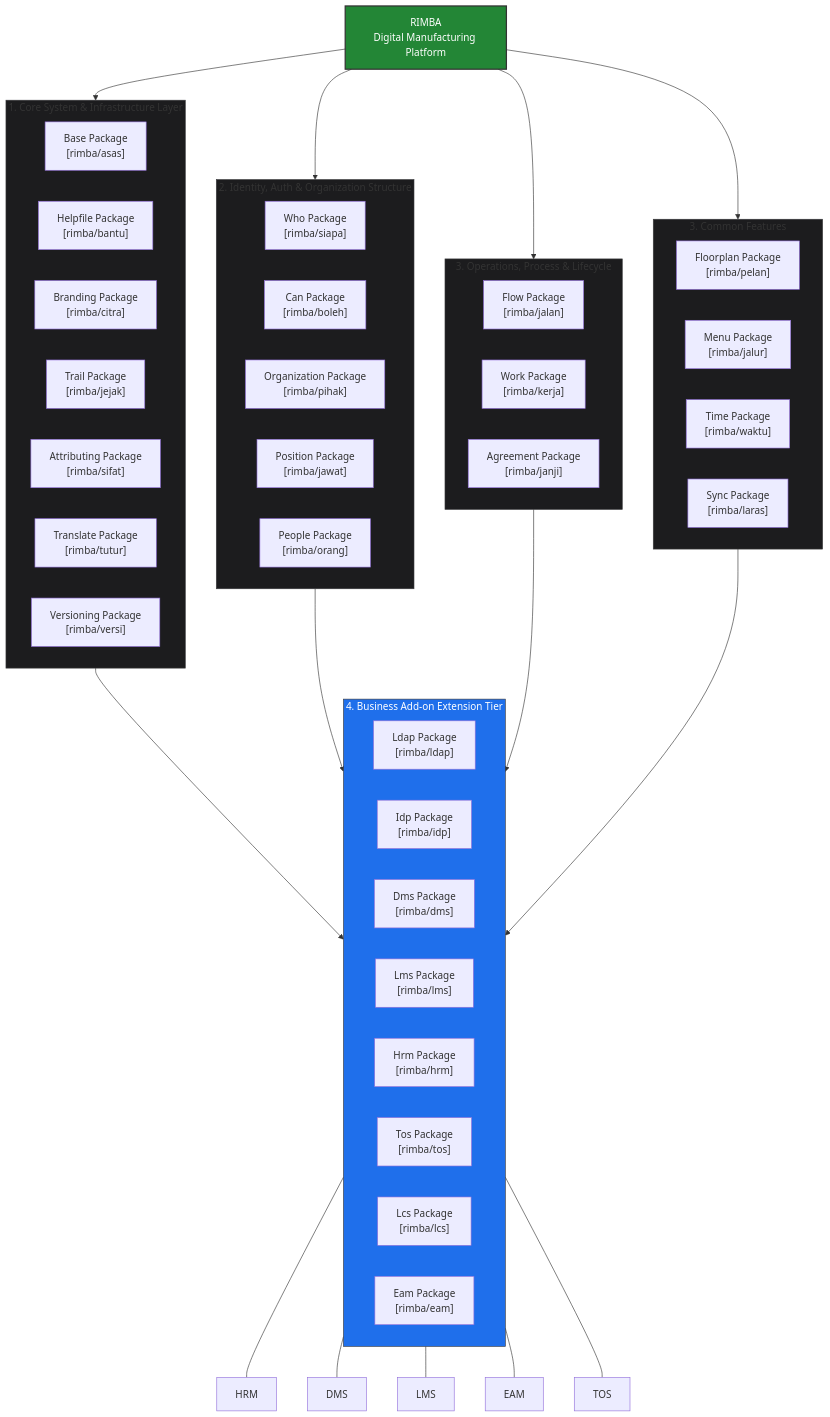
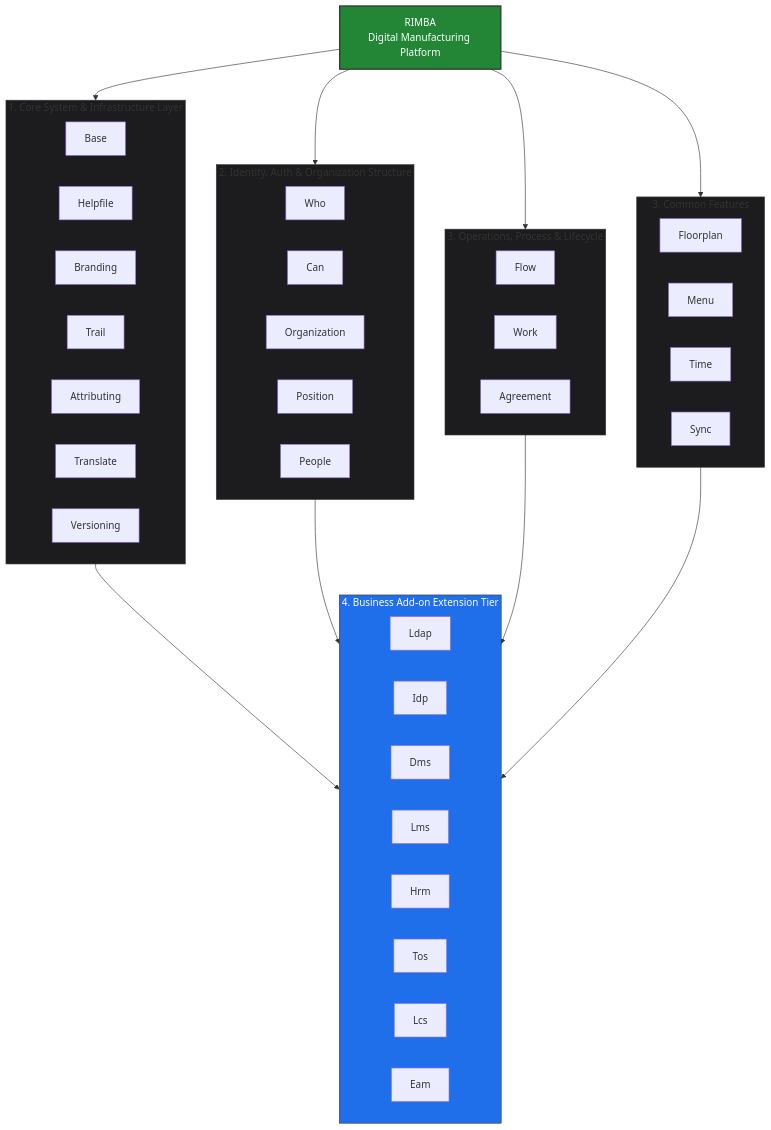
Before and after one commit to bit-es/curio: the diagram in repo/references/rimba.md, drawn with Mermaid.

````diff
--- a/repo/references/rimba.md
+++ b/repo/references/rimba.md
@@ -62,78 +62,72 @@
 ```mermaid
 graph TD
     %% Main Platform Hub
     Rimba["RIMBA<br/>Digital Manufacturing Platform"]
 
     %% Core System Infrastructure Layer
     subgraph Core ["1. Core System & Infrastructure Layer"]
-        Asas["Base Package<br/>[rimba/asas]"]
-        Bantu["Helpfile Package<br/>[rimba/bantu]"]
-        Citra["Branding Package<br/>[rimba/citra]"]
-        Jejak["Trail Package<br/>[rimba/jejak]"]
-        Sifat["Attributing Package<br/>[rimba/sifat]"]
-        Tutur["Translate Package<br/>[rimba/tutur]"]
-        Versi["Versioning Package<br/>[rimba/versi]"]
+        Asas["Base"]
+        Bantu["Helpfile"]
+        Citra["Branding"]
+        Jejak["Trail"]
+        Sifat["Attributing"]
+        Tutur["Translate"]
+        Versi["Versioning"]
     end
 
     %% Identity, Auth, & Structure Layer
     subgraph Governance ["2. Identity, Auth & Organization Structure"]
-        Siapa["Who Package<br/>[rimba/siapa]"]
-        Boleh["Can Package<br/>[rimba/boleh]"]
-        Pihak["Organization Package<br/>[rimba/pihak]"]
-        Jawat["Position Package<br/>[rimba/jawat]"]
-        Orang["People Package<br/>[rimba/orang]"]
+        Siapa["Who"]
+        Boleh["Can"]
+        Pihak["Organization"]
+        Jawat["Position"]
+        Orang["People"]
     end
 
     %% Operations, Process & Lifecycle Layer
     subgraph Operations ["3. Operations, Process & Lifecycle"]
-        Jalan["Flow Package<br/>[rimba/jalan]"]
-        Kerja["Work Package<br/>[rimba/kerja]"]
-        Janji["Agreement Package<br/>[rimba/janji]"]
+        Jalan["Flow"]
+        Kerja["Work"]
+        Janji["Agreement"]
     end
 
     %% Common Features Layer
     subgraph Common ["3. Common Features"]
-        Pelan["Floorplan Package<br/>[rimba/pelan]"]
-        Jalur["Menu Package<br/>[rimba/jalur]"]
-        Waktu["Time Package<br/>[rimba/waktu]"]
-        Laras["Sync Package<br/>[rimba/laras]"]
+        Pelan["Floorplan"]
+        Jalur["Menu"]
+        Waktu["Time"]
+        Laras["Sync"]
     end
 
     %% Business Add-ons Tier
     subgraph AddOns ["4. Business Add-on Extension Tier"]
-        Ldap["Ldap Package<br/>[rimba/ldap]"]
-        Idp["Idp Package<br/>[rimba/idp]"]
-        Dms["Dms Package<br/>[rimba/dms]"]
-        Lms["Lms Package<br/>[rimba/lms]"]
-        Hrm["Hrm Package<br/>[rimba/hrm]"]
-        Tos["Tos Package<br/>[rimba/tos]"]
-        Lcs["Lcs Package<br/>[rimba/lcs]"]
-        Eam["Eam Package<br/>[rimba/eam]"]
+        Ldap["Ldap"]
+        Idp["Idp"]
+        Dms["Dms"]
+        Lms["Lms"]
+        Hrm["Hrm"]
+        Tos["Tos"]
+        Lcs["Lcs"]
+        Eam["Eam"]
     end
 
     %% High-level Architecture Flow Connections
     Rimba --> Core
     Rimba --> Governance
     Rimba --> Operations
     Rimba --> Common
     
     %% Architectural Tier Progression
     Core --> AddOns
     Governance --> AddOns
     Operations --> AddOns
     Common --> AddOns
 
-    AddOns --- HRM
-    AddOns --- DMS
-    AddOns --- LMS
-    AddOns --- EAM
-    AddOns --- TOS
-
     %% Visual Styling for GitHub Compatibility
     style Rimba fill:#238636,stroke:#333,stroke-width:2px,color:#fff
     style Core fill:#1c1c1e,stroke:#3a3a3c,stroke-width:1px
     style Governance fill:#1c1c1e,stroke:#3a3a3c,stroke-width:1px
     style Operations fill:#1c1c1e,stroke:#3a3a3c,stroke-width:1px
     style Common fill:#1c1c1e,stroke:#3a3a3c,stroke-width:1px
     style AddOns fill:#1f6feb,stroke:#3a3a3c,stroke-width:1px,color:#fff
 ```
````
